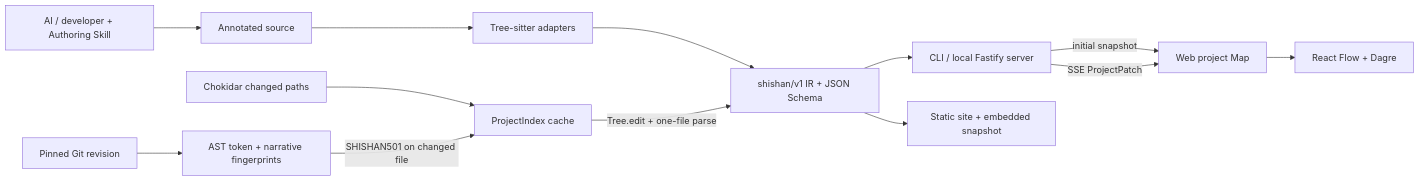
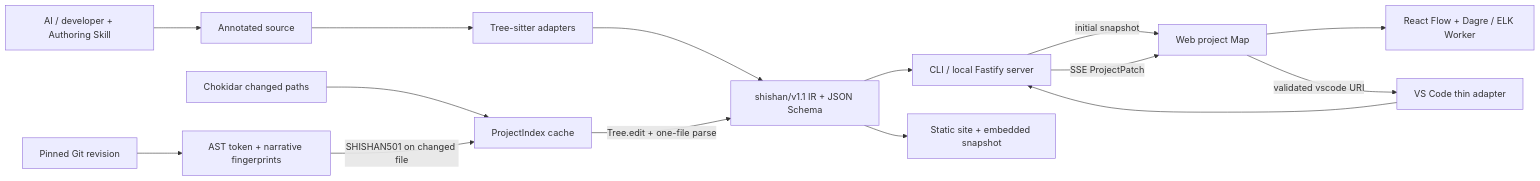
Before and after one commit to zhyma/shishan: the diagram in README.md, drawn with Mermaid. The commit also changed other lines of this file and 40 other files, not shown here.

````diff
--- a/README.md
+++ b/README.md
@@ -106,15 +125,17 @@
 ```mermaid
 flowchart LR
   A["AI / developer + Authoring Skill"] --> B["Annotated source"]
   B --> C["Tree-sitter adapters"]
-  C --> D["shishan/v1 IR + JSON Schema"]
+  C --> D["shishan/v1.1 IR + JSON Schema"]
   D --> E["CLI / local Fastify server"]
   E -->|"initial snapshot"| F["Web project Map"]
   G["Chokidar changed paths"] --> H["ProjectIndex cache"]
   H -->|"Tree.edit + one-file parse"| D
   E -->|"SSE ProjectPatch"| F
-  F --> I["React Flow + Dagre"]
+  F --> I["React Flow + Dagre / ELK Worker"]
   J["Pinned Git revision"] --> K["AST token + narrative fingerprints"]
   K -->|"SHISHAN501 on changed file"| H
   D --> L["Static site + embedded snapshot"]
+  M["VS Code thin adapter"] --> E
+  F -->|"validated vscode URI"| M
 ```
````
